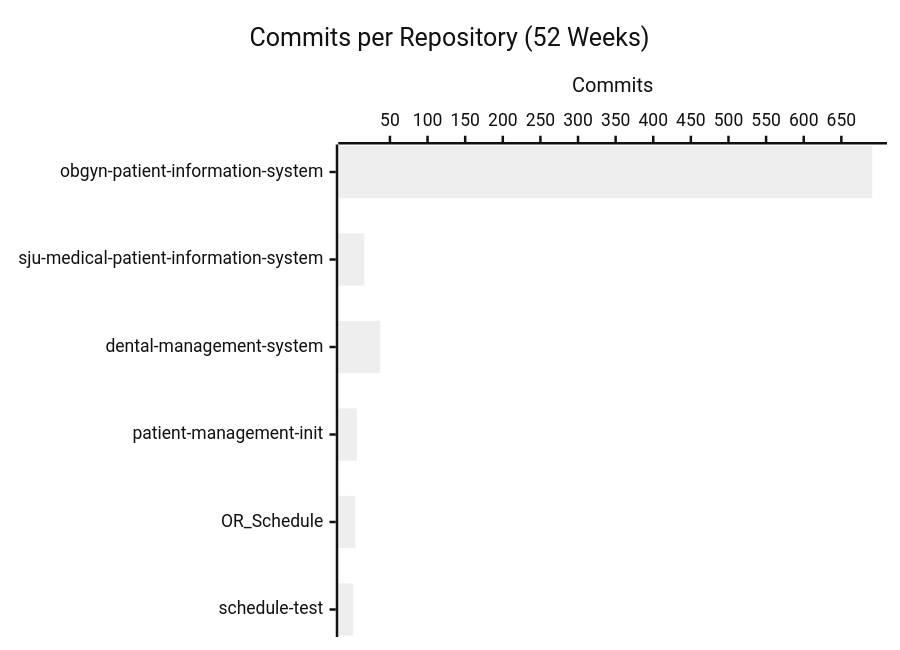
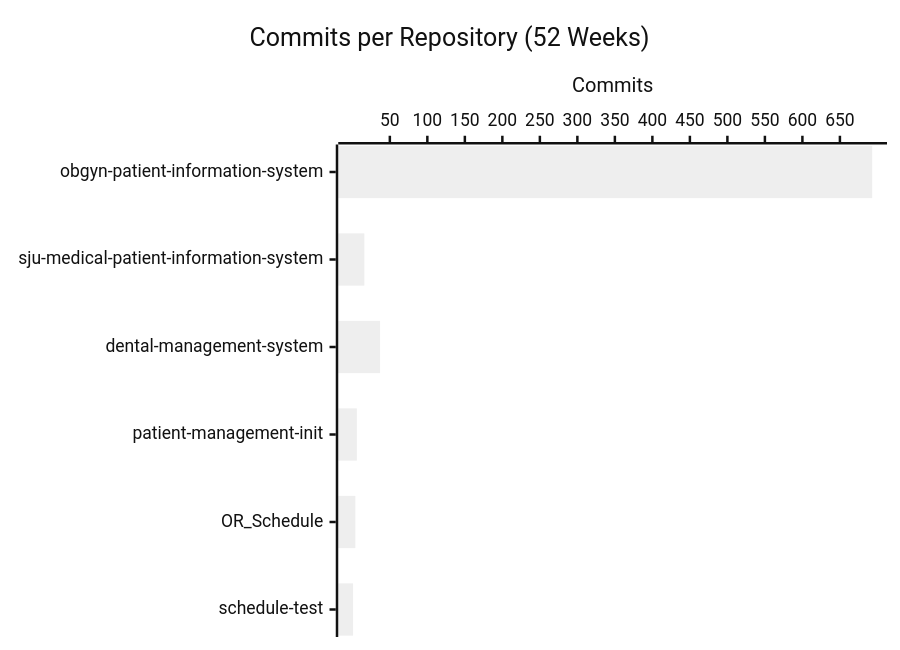
The second of 4 diagrams in profile/README.md (CSTH-Projects/.github), drawn with Mermaid (neutral theme) before and after one commit. The commit also changed other lines of this file, not shown here.

````diff
--- a/profile/README.md
+++ b/profile/README.md
@@ -24,7 +24,7 @@
 ```mermaid
 xychart-beta horizontal
     title "Commits per Repository (52 Weeks)"
     x-axis ["obgyn-patient-information-system", "sju-medical-patient-information-system", "dental-management-system", "patient-management-init", "OR_Schedule", "schedule-test"]
     y-axis "Commits"
-    bar [691, 16, 37, 6, 4, 1]
+    bar [693, 16, 37, 6, 4, 1]
 ```
````
